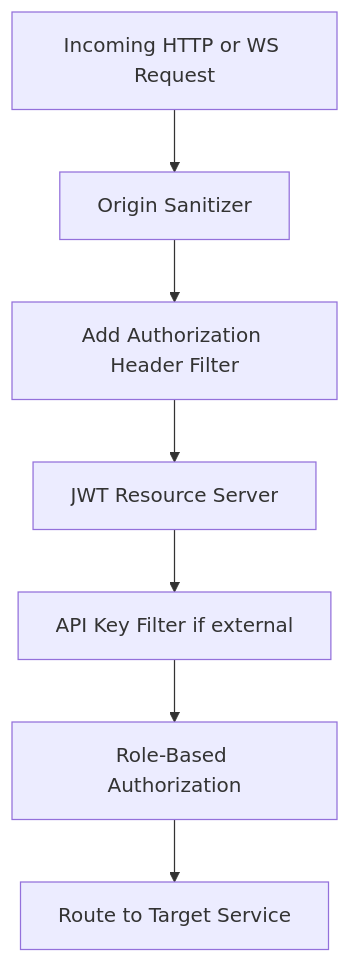
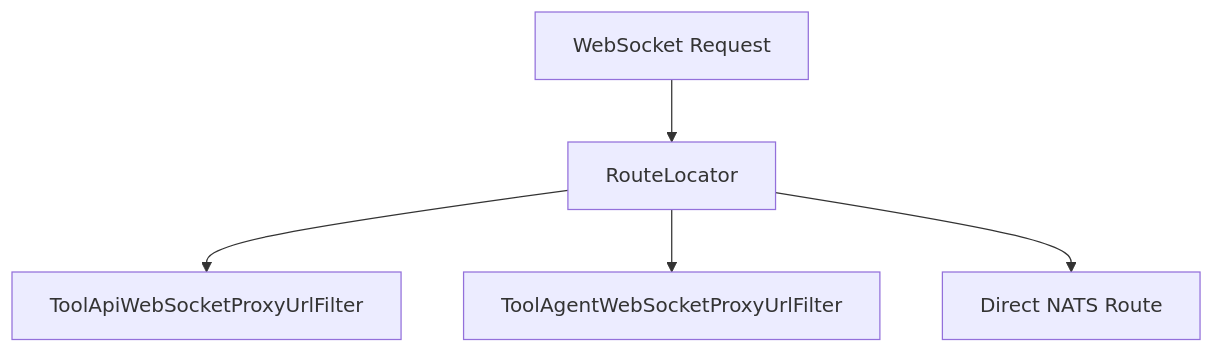
One commit to flamingo-stack/openframe-oss-lib changed the sixth of 8 diagrams in docs/reference/architecture/gateway-service-core/gateway-service-core.md. Above: the diagram before and after it, drawn with Mermaid. The commit also changed other lines of this file and 172 other files, not shown here.

````diff
--- a/docs/reference/architecture/gateway-service-core/gateway-service-core.md
+++ b/docs/reference/architecture/gateway-service-core/gateway-service-core.md
@@ -356,9 +184,7 @@
 ```mermaid
 flowchart TD
-    Request["Incoming HTTP or WS Request"] --> Origin["Origin Sanitizer"]
-    Origin --> AddAuth["Add Authorization Header Filter"]
-    AddAuth --> JwtAuth["JWT Resource Server"]
-    JwtAuth --> ApiKeyFilter["API Key Filter if external"]
-    ApiKeyFilter --> Authorization["Role-Based Authorization"]
-    Authorization --> Route["Route to Target Service"]
+    WSRequest["WebSocket Request"] --> RouteLocator["RouteLocator"]
+    RouteLocator --> ToolApiFilter["ToolApiWebSocketProxyUrlFilter"]
+    RouteLocator --> ToolAgentFilter["ToolAgentWebSocketProxyUrlFilter"]
+    RouteLocator --> NatsRoute["Direct NATS Route"]
 ```
````
